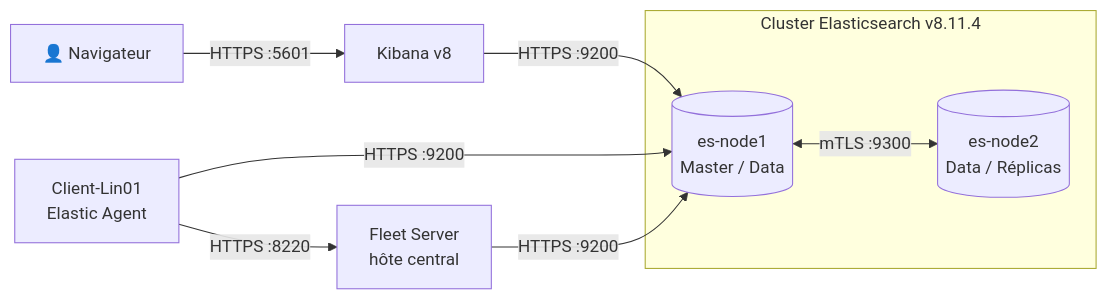
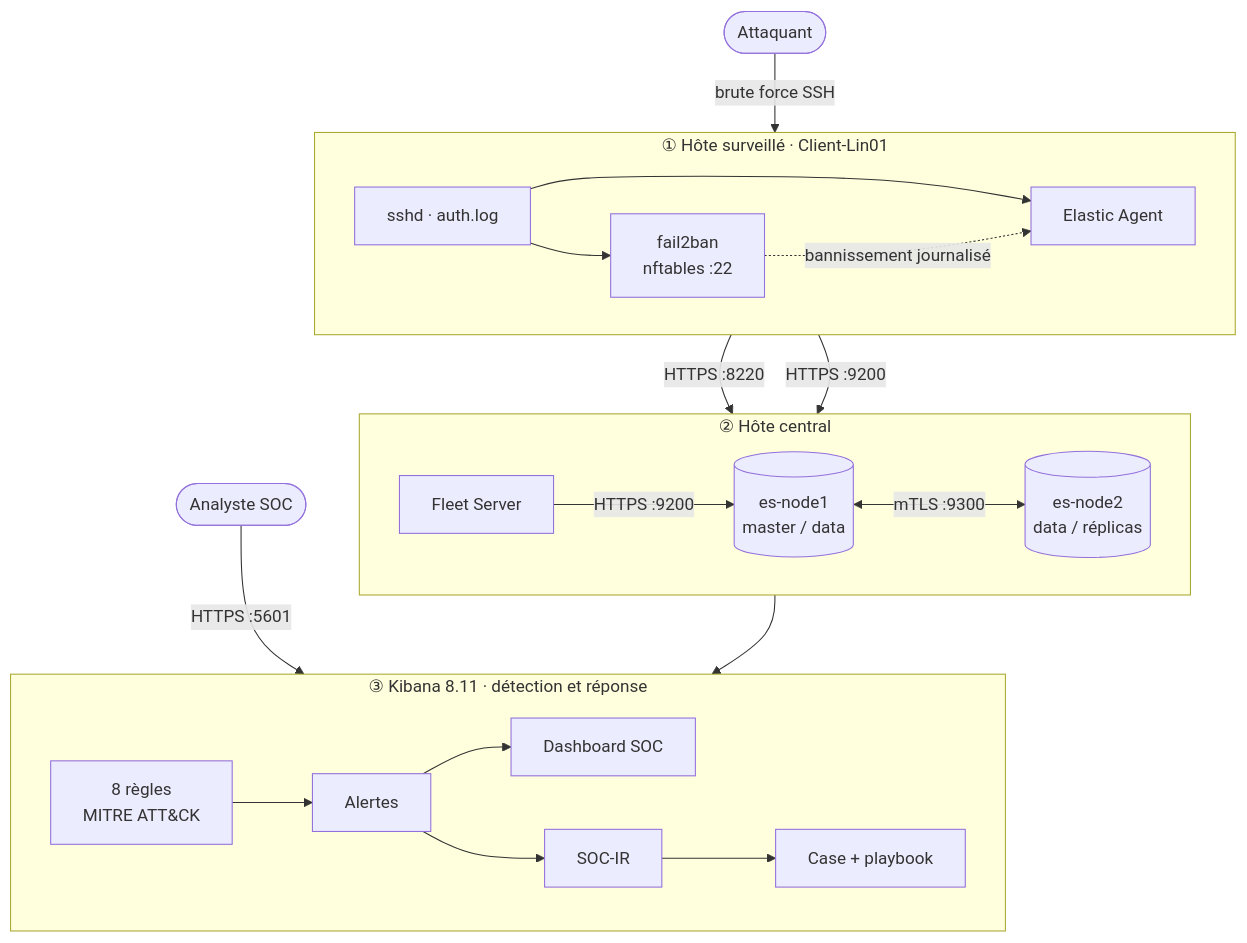
The diagram in README.md (CodjoH/Elastic-Stack-Secure-Observability-Platform), drawn with Mermaid before and after one commit. The commit also changed other lines of this file, not shown here.

Commit message:
Architecture et résultats fusionnés

````diff
--- a/README.md
+++ b/README.md
@@ -41,13 +41,29 @@
 ```mermaid
-flowchart LR
-    U[👤 Navigateur] -- "HTTPS :5601" --> K[Kibana v8]
-    K -- "HTTPS :9200" --> N1
-    subgraph CLUSTER["Cluster Elasticsearch v8.11.4"]
-        N1[(es-node1<br/>Master / Data)]
-        N2[(es-node2<br/>Data / Réplicas)]
-        N1 <-- "mTLS :9300" --> N2
+flowchart TB
+    ATK([Attaquant]) -- "brute force SSH" --> SSH
+
+    subgraph CLIENT["① Hôte surveillé · Client-Lin01"]
+        direction LR
+        SSH[sshd · auth.log] --> F2B[fail2ban<br/>nftables :22]
+        SSH --> AG[Elastic Agent]
+        F2B -. "bannissement journalisé" .-> AG
     end
-    A[Client-Lin01<br/>Elastic Agent] -- "HTTPS :8220" --> FS[Fleet Server<br/>hôte central]
-    A -- "HTTPS :9200" --> N1
-    FS -- "HTTPS :9200" --> N1
+
+    subgraph CENTRAL["② Hôte central"]
+        direction LR
+        FS[Fleet Server] -- "HTTPS :9200" --> N1
+        N1[(es-node1<br/>master / data)] <-- "mTLS :9300" --> N2[(es-node2<br/>data / réplicas)]
+    end
+
+    subgraph SOC["③ Kibana 8.11 · détection et réponse"]
+        direction LR
+        R[8 règles<br/>MITRE ATT&CK] --> AL[Alertes]
+        AL --> D[Dashboard SOC]
+        AL --> IR[SOC-IR] --> CS[Case + playbook]
+    end
+
+    AG -- "HTTPS :8220" --> FS
+    AG -- "HTTPS :9200" --> N1
+    N1 --> R
+    U([Analyste SOC]) -- "HTTPS :5601" --> SOC
 ```
````
